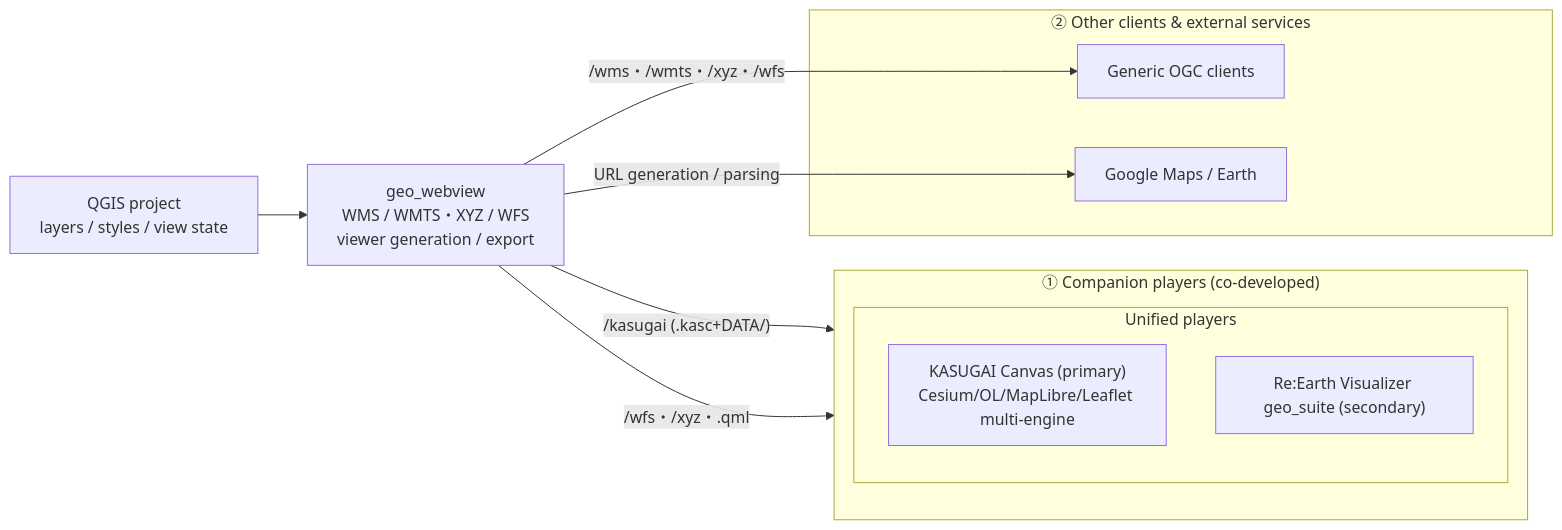
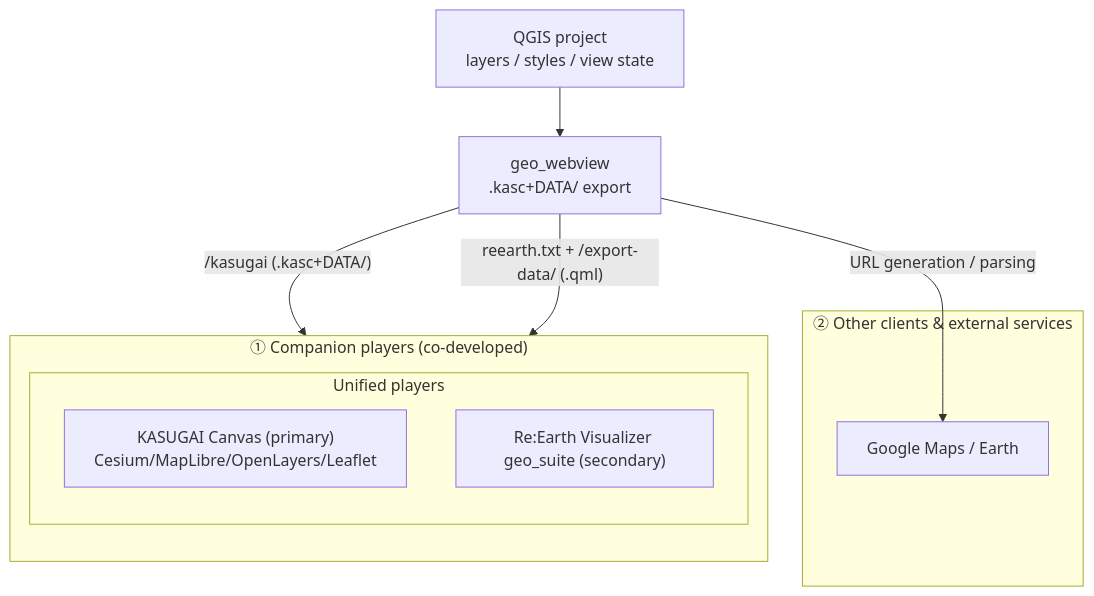
The diagram in qgis-plugin/geo_webview/README.md (yamamoto-ryuzo/qgis_live_harness), drawn with Mermaid before and after one commit. The commit also changed other lines of this file and 32 other files, not shown here.

First line of the commit message:
geo_webview: OGCサービス全撤去 — サーバレス配信一本化(3.29.0)

````diff
--- a/qgis-plugin/geo_webview/README.md
+++ b/qgis-plugin/geo_webview/README.md
@@ -79,24 +109,22 @@
 ```mermaid
-flowchart LR
+flowchart TB
     QGIS["QGIS project<br>layers / styles / view state"]
-    GW["geo_webview<br>WMS / WMTS・XYZ / WFS<br>viewer generation / export"]
+    GW["geo_webview<br>.kasc+DATA/ export"]
+
+    subgraph G2["② Other clients & external services"]
+        GM["Google Maps / Earth"]
+    end
 
     subgraph G1["① Companion players (co-developed)"]
         direction TB
         subgraph G1_UNI["Unified players"]
-            KC["KASUGAI Canvas (primary)<br>Cesium/OL/MapLibre/Leaflet multi-engine"]
+            KC["KASUGAI Canvas (primary)<br>Cesium/MapLibre/OpenLayers/Leaflet"]
             RE["Re:Earth Visualizer geo_suite (secondary)"]
         end
     end
 
-    subgraph G2["② Other clients & external services"]
-        OC["Generic OGC clients"]
-        GM["Google Maps / Earth"]
-    end
-
     QGIS --> GW
+    GW -->|"URL generation / parsing"| GM
     GW -->|"/kasugai (.kasc+DATA/)"| KC
-    GW -->|"/wfs・/xyz・.qml"| RE
-    GW -->|"/wms・/wmts・/xyz・/wfs"| OC
-    GW -->|"URL generation / parsing"| GM
+    GW -->|"reearth.txt + /export-data/ (.qml)"| RE
 ```
````
